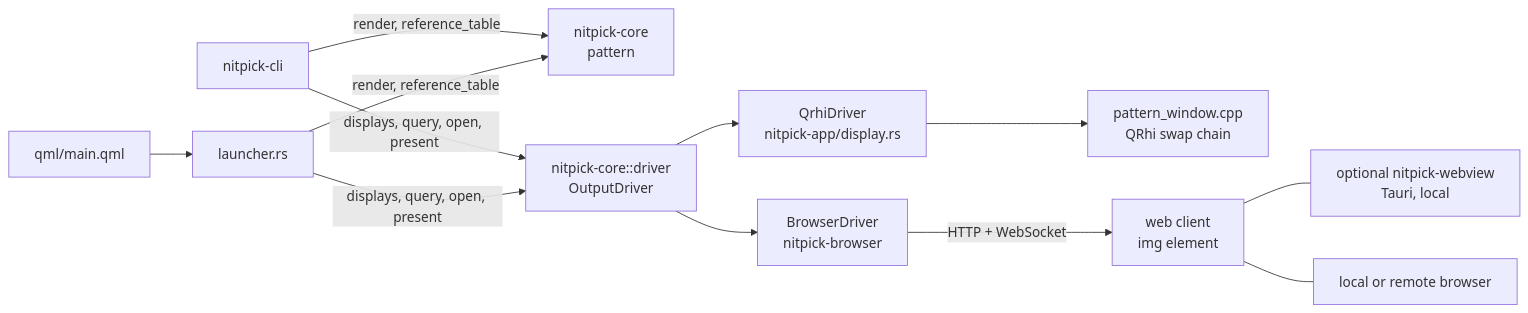
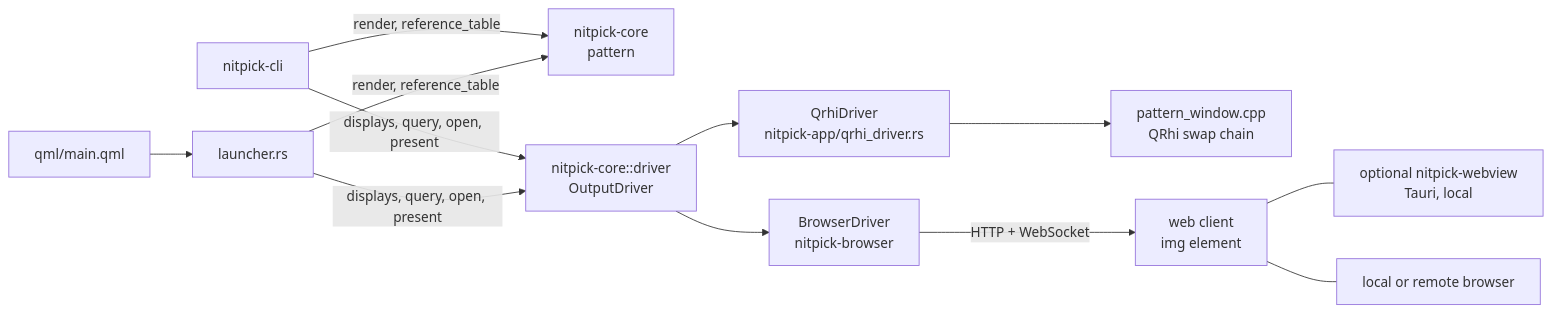
Before and after one commit to Jamesits/nitpick: the diagram in doc/design/output_driver/overview.md, drawn with Mermaid. The commit also changed 15 other files, not shown here.

First line of the commit message:
feat(app): implement asynchronous QrhiDriver

````diff
--- a/doc/design/output_driver/overview.md
+++ b/doc/design/output_driver/overview.md
@@ -15,14 +15,14 @@
 ```mermaid
 graph LR
     QML[qml/main.qml] --> L[launcher.rs]
     CLI[nitpick-cli] -->|render, reference_table| C
     CLI -->|displays, query, open, present| API
     L -->|render, reference_table| C[nitpick-core<br/>pattern]
     L -->|displays, query, open, present| API[nitpick-core::driver<br/>OutputDriver]
-    API --> Q[QrhiDriver<br/>nitpick-app/display.rs]
+    API --> Q[QrhiDriver<br/>nitpick-app/qrhi_driver.rs]
     API --> B[BrowserDriver<br/>nitpick-browser]
     Q --> W[pattern_window.cpp<br/>QRhi swap chain]
     B -->|HTTP + WebSocket| P[web client<br/>img element]
     P --- T[optional nitpick-webview<br/>Tauri, local]
     P --- R[local or remote browser]
 ```
````
